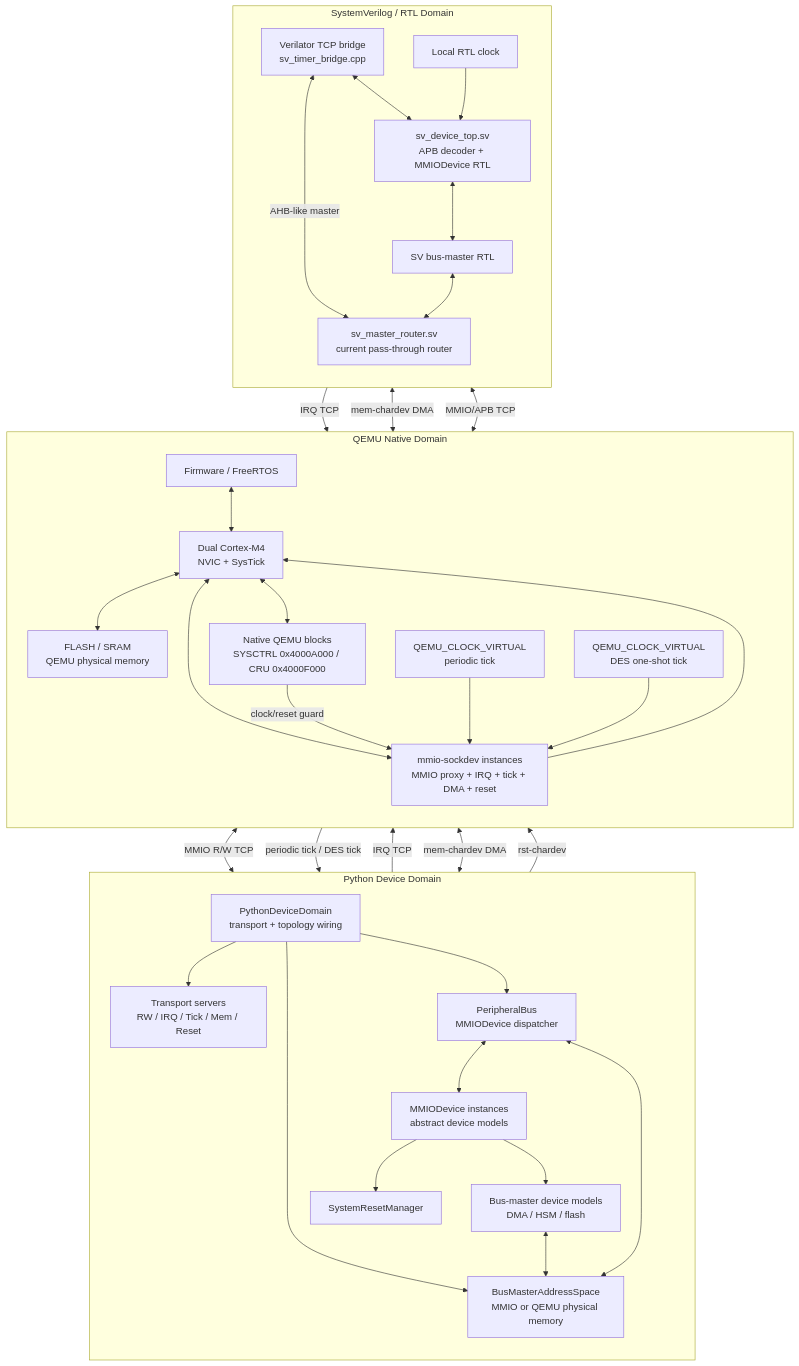
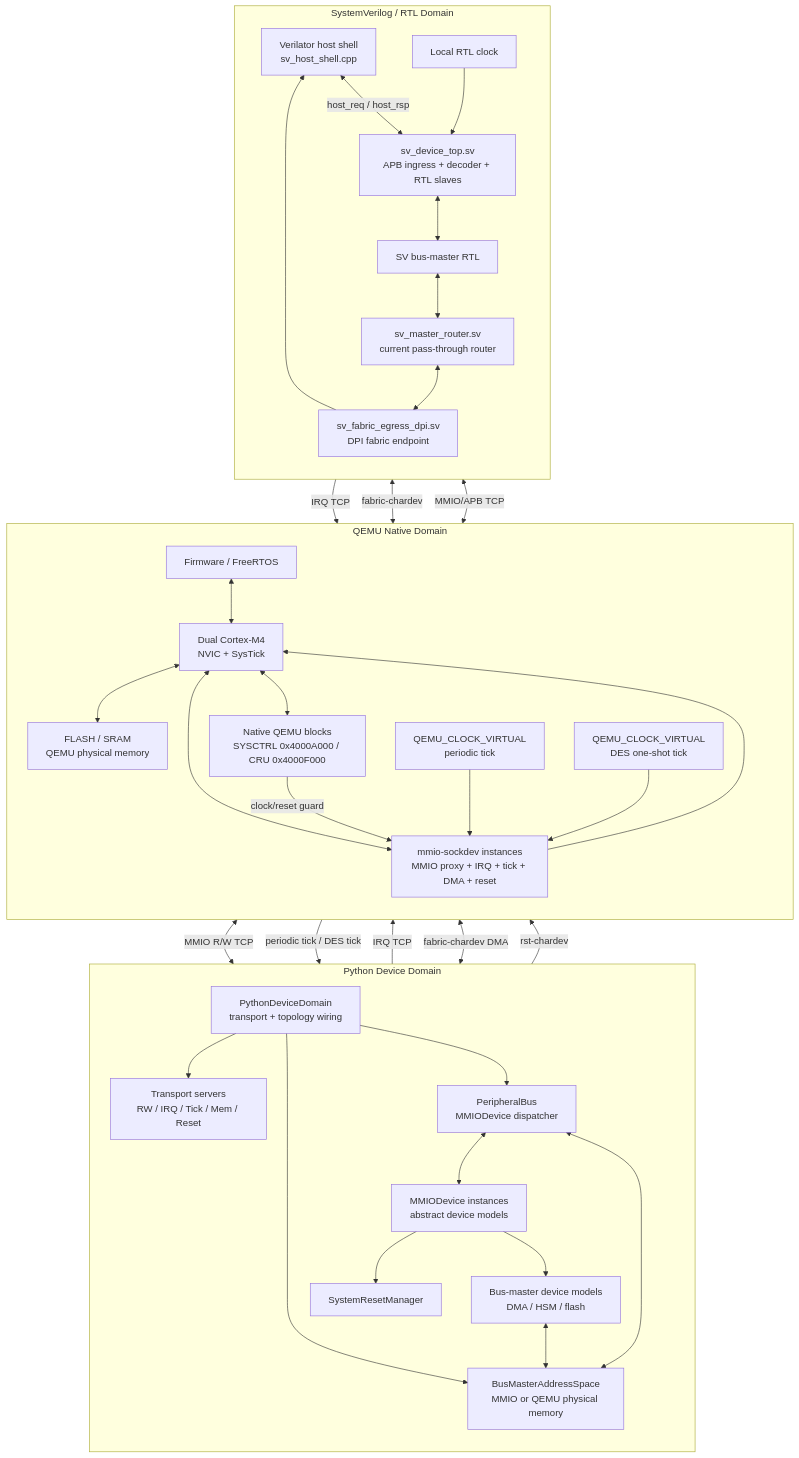
The diagram in README.md (Kexu1984/qemu_device), drawn with Mermaid before and after one commit. The commit also changed other lines of this file and 27 other files, not shown here.

Commit message:
Clarify SV host shell fabric hierarchy

````diff
--- a/README.md
+++ b/README.md
@@ -44,71 +44,73 @@
 ```mermaid
 flowchart TB
     subgraph QEMU["QEMU Native Domain"]
         direction TB
 
         FW["Firmware / FreeRTOS"]
         CPU["Dual Cortex-M4\nNVIC + SysTick"]
         MEM["FLASH / SRAM\nQEMU physical memory"]
         NATIVE["Native QEMU blocks\nSYSCTRL 0x4000A000 / CRU 0x4000F000"]
         SOCK["mmio-sockdev instances\nMMIO proxy + IRQ + tick + DMA + reset"]
         PTICK["QEMU_CLOCK_VIRTUAL\nperiodic tick"]
         DTICK["QEMU_CLOCK_VIRTUAL\nDES one-shot tick"]
 
         FW <--> CPU
         CPU <--> MEM
         CPU <--> NATIVE
         CPU <--> SOCK
         NATIVE -->|"clock/reset guard"| SOCK
         PTICK --> SOCK
         DTICK --> SOCK
         SOCK --> CPU
     end
 
     subgraph PY["Python Device Domain"]
         direction TB
 
         PYDOM["PythonDeviceDomain\ntransport + topology wiring"]
         PYSRV["Transport servers\nRW / IRQ / Tick / Mem / Reset"]
         PYBUS["PeripheralBus\nMMIODevice dispatcher"]
         PYDEV["MMIODevice instances\nabstract device models"]
         PYADDR["BusMasterAddressSpace\nMMIO or QEMU physical memory"]
         PYDMA["Bus-master device models\nDMA / HSM / flash"]
         PYRST["SystemResetManager"]
 
         PYDOM --> PYSRV
         PYDOM --> PYBUS
         PYDOM --> PYADDR
         PYBUS <--> PYDEV
         PYDEV --> PYDMA
         PYDMA <--> PYADDR
         PYADDR <--> PYBUS
         PYDEV --> PYRST
     end
 
     subgraph SV["SystemVerilog / RTL Domain"]
         direction TB
 
-        SVBR["Verilator TCP bridge\nsv_timer_bridge.cpp"]
-        SVTOP["sv_device_top.sv\nAPB decoder + MMIODevice RTL"]
+        SVBR["Verilator host shell\nsv_host_shell.cpp"]
+        SVTOP["sv_device_top.sv\nAPB ingress + decoder + RTL slaves"]
         SVCLOCK["Local RTL clock"]
         SVROUTER["sv_master_router.sv\ncurrent pass-through router"]
+        SVEGRESS["sv_fabric_egress_dpi.sv\nDPI fabric endpoint"]
         SVDMA["SV bus-master RTL"]
 
-        SVBR <--> SVTOP
+        SVBR <-->|"host_req / host_rsp"| SVTOP
         SVCLOCK --> SVTOP
         SVTOP <--> SVDMA
         SVDMA <--> SVROUTER
-        SVROUTER <-->|"AHB-like master"| SVBR
+        SVROUTER <--> SVEGRESS
+        SVEGRESS --> SVBR
     end
 
     SOCK <-->|"MMIO R/W TCP"| PYSRV
     SOCK <-->|"MMIO/APB TCP"| SVBR
 
     PYSRV -->|"IRQ TCP"| SOCK
     SVBR -->|"IRQ TCP"| SOCK
 
     SOCK -->|"periodic tick / DES tick"| PYSRV
-    PYADDR <-->|"mem-chardev DMA"| SOCK
-    SVBR <-->|"mem-chardev DMA"| SOCK
+    PYADDR <-->|"fabric-chardev DMA"| SOCK
+    SVBR <-->|"fabric-chardev"| SOCK
     PYRST -->|"rst-chardev"| SOCK
 ```
````
